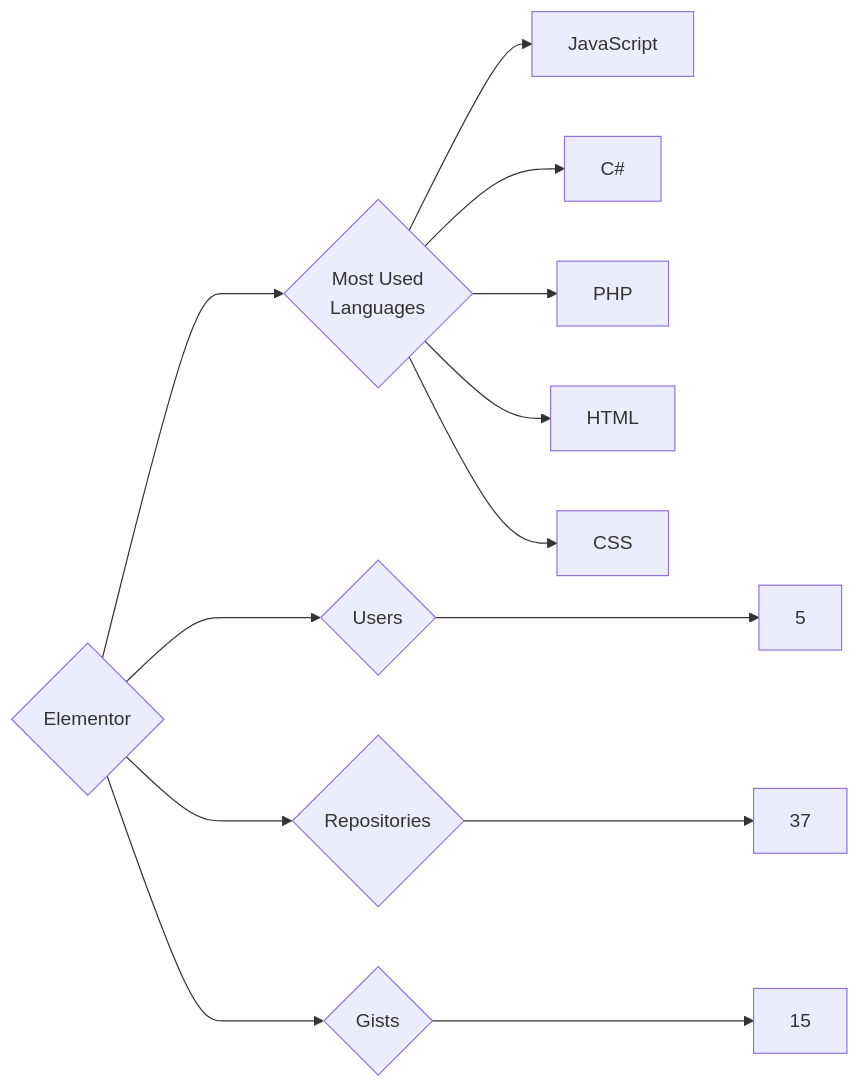
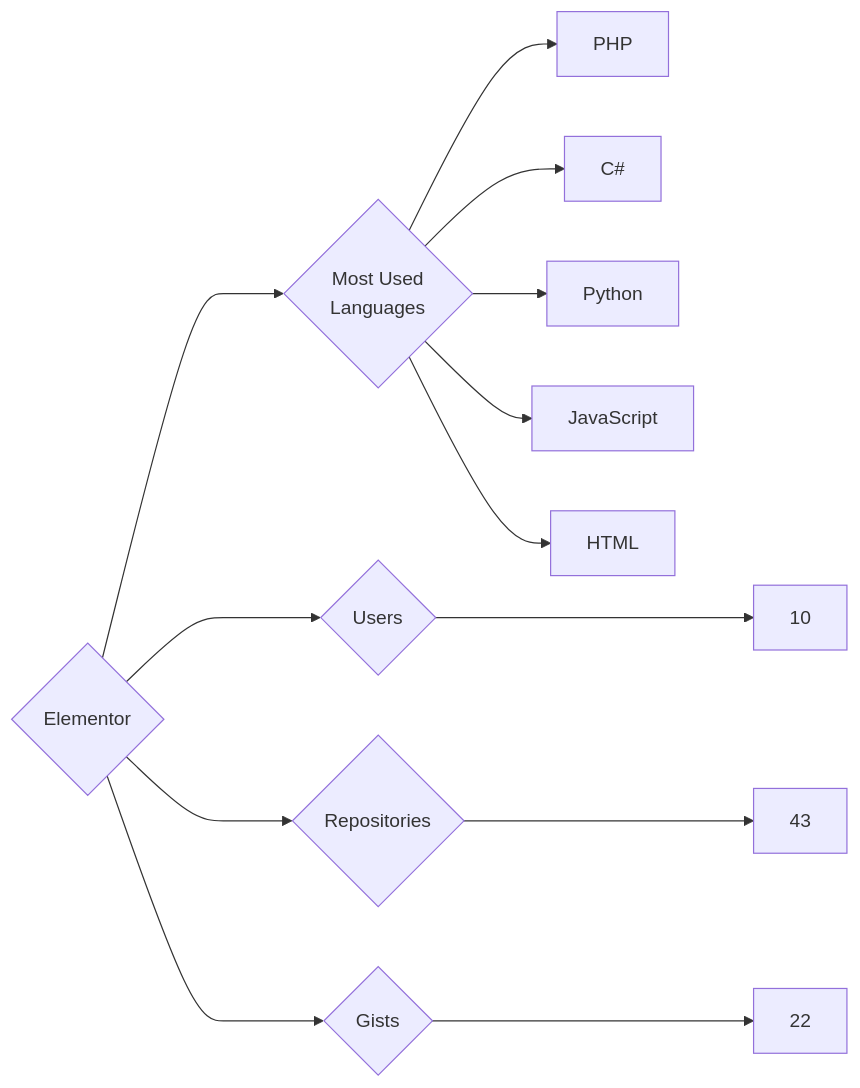
One commit to trickest/insiders changed the diagram in targets/Elementor/README.md. Above: the diagram before and after it, drawn with Mermaid. The commit also changed 1314 other files, not shown here.

````diff
--- a/targets/Elementor/README.md
+++ b/targets/Elementor/README.md
@@ -3,13 +3,13 @@
 ```mermaid
 graph LR
 COMPANY_NAME{Elementor}
-COMPANY_NAME ---> U{Users} ---> UN[5]
-COMPANY_NAME ---> R{Repositories} ---> RN[37]
-COMPANY_NAME ---> G{Gists} ---> GN[15]
+COMPANY_NAME ---> U{Users} ---> UN[10]
+COMPANY_NAME ---> R{Repositories} ---> RN[43]
+COMPANY_NAME ---> G{Gists} ---> GN[22]
 COMPANY_NAME ---> ML{Most Used<br>Languages}
+ML --> PHP[PHP]
+ML --> C#[C#]
+ML --> Python[Python]
 ML --> JavaScript[JavaScript]
-ML --> C#[C#]
-ML --> PHP[PHP]
 ML --> HTML[HTML]
-ML --> CSS[CSS]
 ```
````
